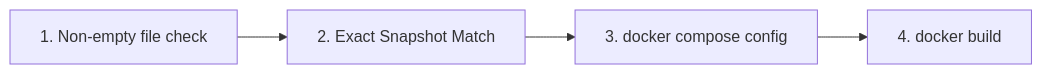
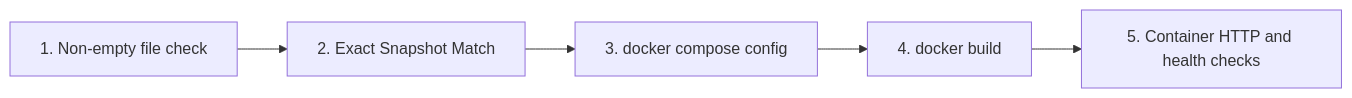
One commit to Nuxview/Yeetus changed the third of 3 diagrams in docs/ARCHITECTURE.md. Above: the diagram before and after it, drawn with Mermaid. The commit also changed other lines of this file and 71 other files, not shown here.

````diff
--- a/docs/ARCHITECTURE.md
+++ b/docs/ARCHITECTURE.md
@@ -184,6 +198,7 @@
 ```mermaid
 flowchart LR
     A["1. Non-empty file check"] --> B["2. Exact Snapshot Match"]
     B --> C["3. docker compose config"]
     C --> D["4. docker build"]
+    D --> E["5. Container HTTP and health checks"]
 ```
````
